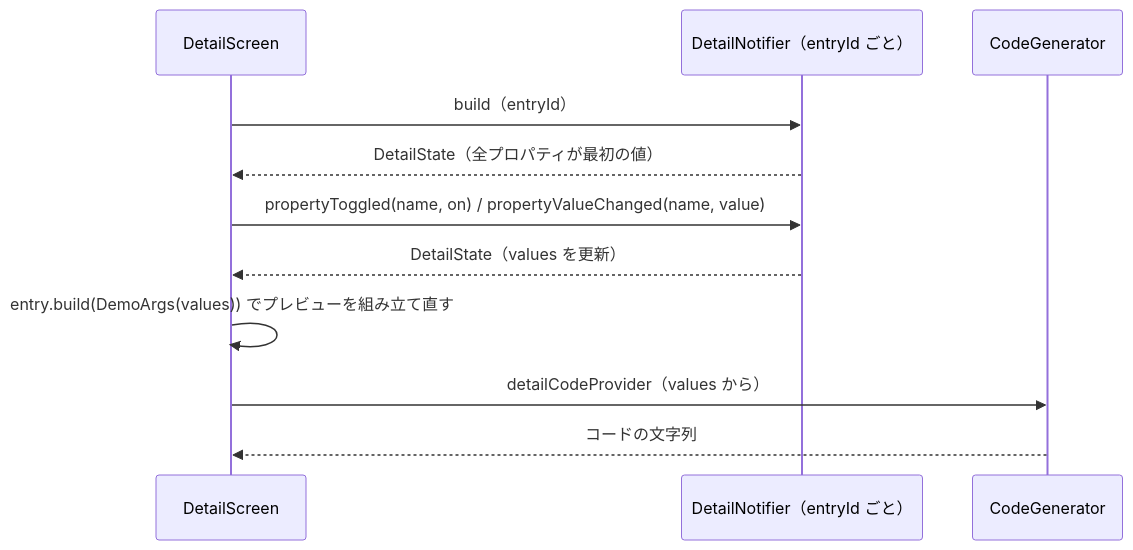
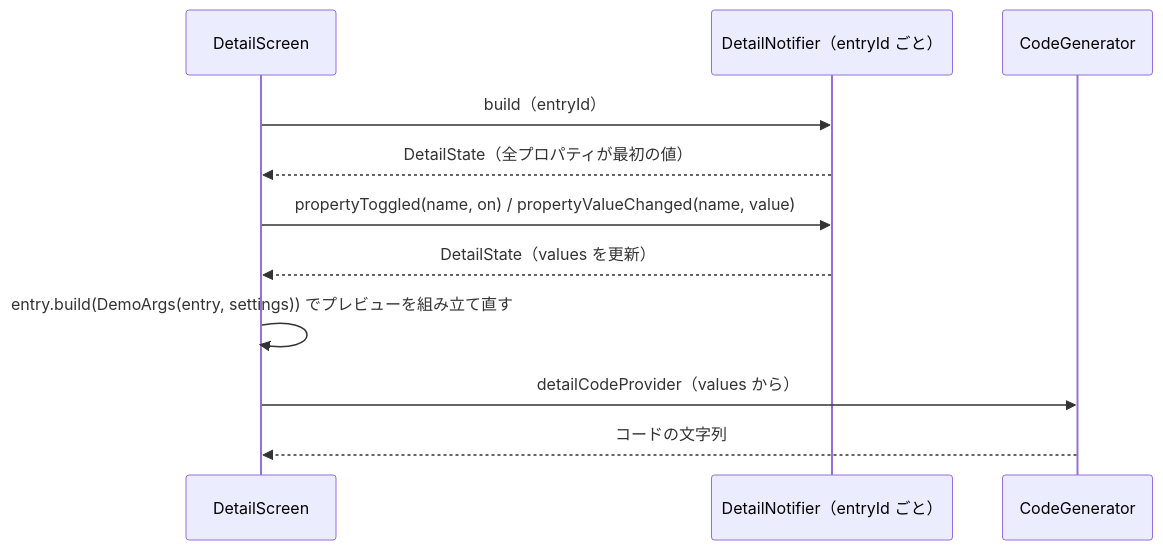
Before and after one commit to masa-futa/widget-lab: the third of 6 diagrams in docs/design/functions/demo-engine.md, drawn with Mermaid. The commit also changed other lines of this file and 1 other file, not shown here.

````diff
--- a/docs/design/functions/demo-engine.md
+++ b/docs/design/functions/demo-engine.md
@@ -128,13 +132,13 @@
 ```mermaid
 sequenceDiagram
     participant V as DetailScreen
     participant N as DetailNotifier（entryId ごと）
     participant C as CodeGenerator
     V->>N: build（entryId）
     N-->>V: DetailState（全プロパティが最初の値）
     V->>N: propertyToggled(name, on) / propertyValueChanged(name, value)
     N-->>V: DetailState（values を更新）
-    V->>V: entry.build(DemoArgs(values)) でプレビューを組み立て直す
+    V->>V: entry.build(DemoArgs(entry, settings)) でプレビューを組み立て直す
     V->>C: detailCodeProvider（values から）
     C-->>V: コードの文字列
 ```
````
